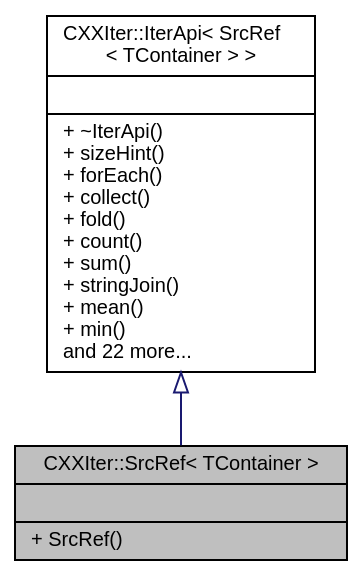
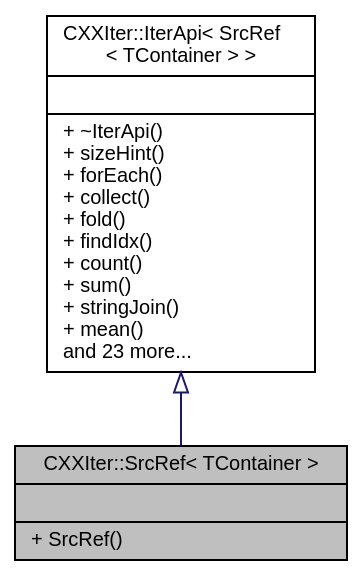
One commit to seijikun/CXXIter changed the diagram in classCXXIter_1_1SrcRef__inherit__graph.dot. Above: the diagram before and after it, drawn with Graphviz. The commit also changed 28 other files, not shown here.

```diff
--- a/classCXXIter_1_1SrcRef__inherit__graph.dot
+++ b/classCXXIter_1_1SrcRef__inherit__graph.dot
@@ -1,11 +1,11 @@
 digraph "CXXIter::SrcRef&lt; TContainer &gt;"
 {
  // INTERACTIVE_SVG=YES
  // LATEX_PDF_SIZE
   bgcolor="transparent";
   edge [fontname="Helvetica",fontsize="10",labelfontname="Helvetica",labelfontsize="10"];
   node [fontname="Helvetica",fontsize="10",shape=record];
   Node1 [label="{CXXIter::SrcRef\< TContainer \>\n||+ SrcRef()\l}",height=0.2,width=0.4,color="black", fillcolor="grey75", style="filled", fontcolor="black",tooltip="CXXIter iterator source that mutably borrows the input item source, and passes mutable references to ..."];
   Node2 -> Node1 [dir="back",color="midnightblue",fontsize="10",style="solid",arrowtail="onormal",fontname="Helvetica"];
-  Node2 [label="{CXXIter::IterApi\< SrcRef\l\< TContainer \> \>\n||+ ~IterApi()\l+ sizeHint()\l+ forEach()\l+ collect()\l+ fold()\l+ count()\l+ sum()\l+ stringJoin()\l+ mean()\l+ min()\land 22 more...\l}",height=0.2,width=0.4,color="black",URL="$classCXXIter_1_1IterApi.html",tooltip=" "];
+  Node2 [label="{CXXIter::IterApi\< SrcRef\l\< TContainer \> \>\n||+ ~IterApi()\l+ sizeHint()\l+ forEach()\l+ collect()\l+ fold()\l+ findIdx()\l+ count()\l+ sum()\l+ stringJoin()\l+ mean()\land 23 more...\l}",height=0.2,width=0.4,color="black",URL="$classCXXIter_1_1IterApi.html",tooltip=" "];
 }
```
